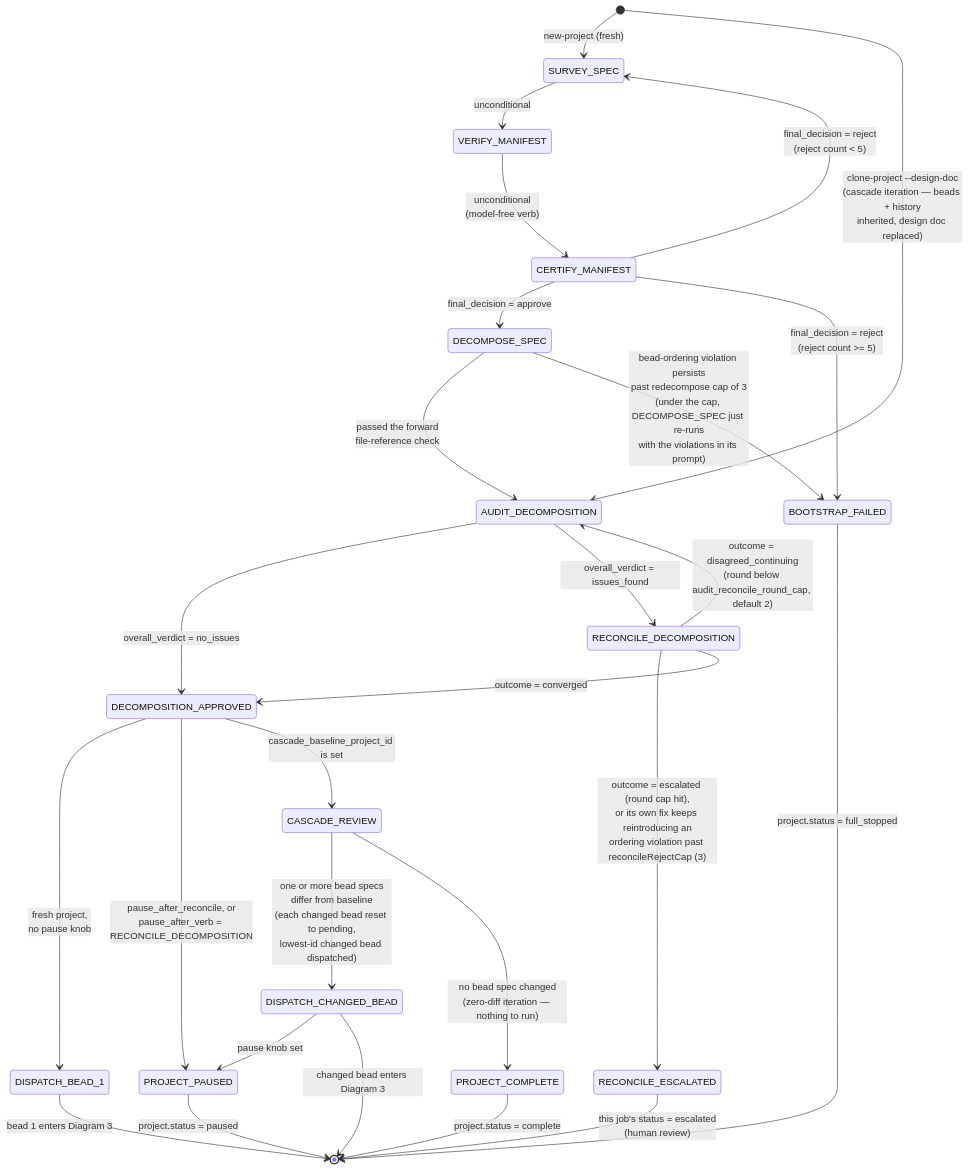
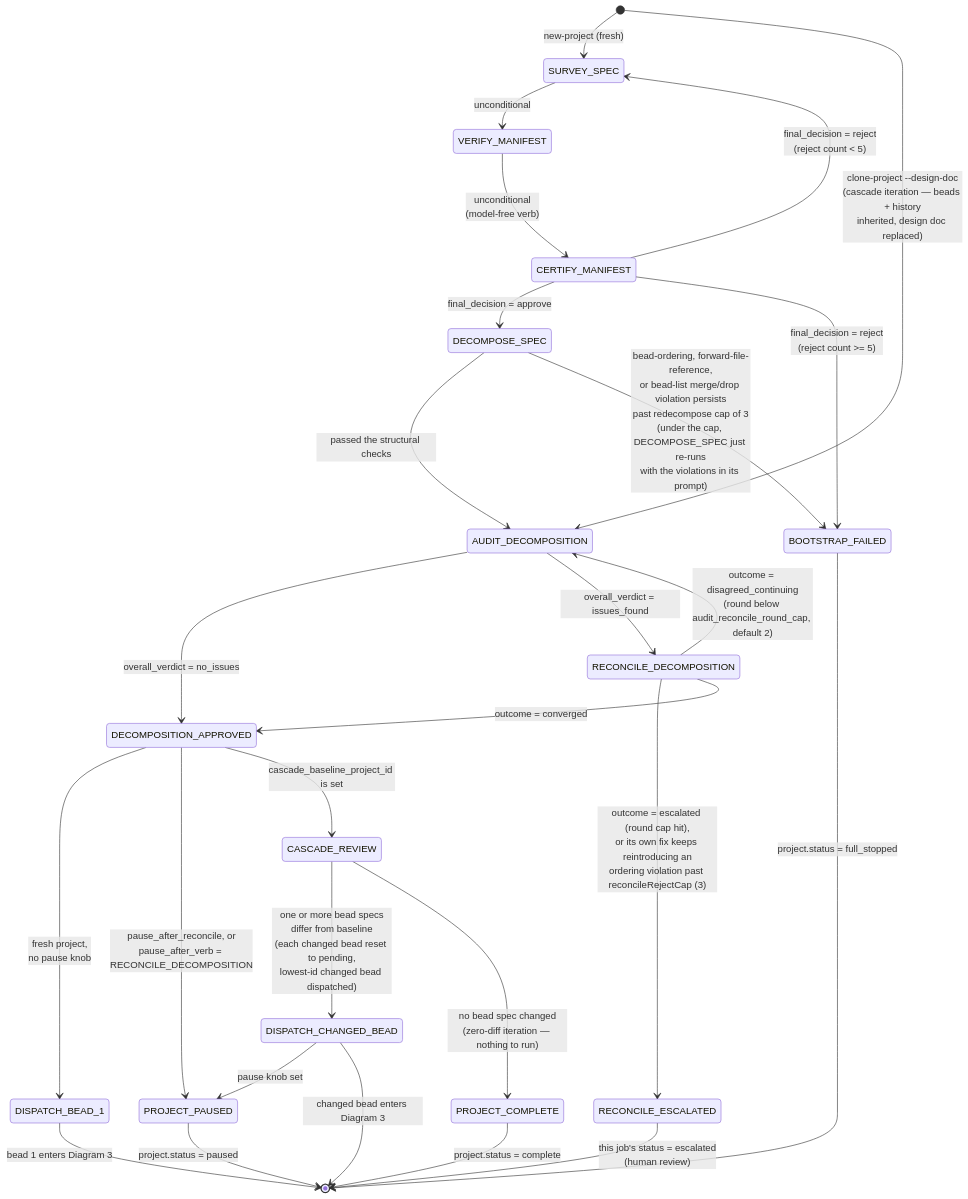
One commit to lehmann314159/ratchet changed the second of 4 diagrams in docs/ratchet_state_machine.md. Above: the diagram before and after it, drawn with Mermaid. The commit also changed other lines of this file and 2 other files, not shown here.

First line of the commit message:
docs(state-machine): audit against post-burn-in EXECUTE changes; regenerate diagrams

````diff
--- a/docs/ratchet_state_machine.md
+++ b/docs/ratchet_state_machine.md
@@ -77,35 +77,35 @@
 ```mermaid
 stateDiagram-v2
     [*] --> SURVEY_SPEC : new-project (fresh)
     [*] --> AUDIT_DECOMPOSITION : clone-project --design-doc<br/>(cascade iteration — beads + history<br/>inherited, design doc replaced)
 
     SURVEY_SPEC --> VERIFY_MANIFEST : unconditional
     VERIFY_MANIFEST --> CERTIFY_MANIFEST : unconditional<br/>(model-free verb)
     CERTIFY_MANIFEST --> DECOMPOSE_SPEC : final_decision = approve
     CERTIFY_MANIFEST --> SURVEY_SPEC : final_decision = reject<br/>(reject count < 5)
     CERTIFY_MANIFEST --> BOOTSTRAP_FAILED : final_decision = reject<br/>(reject count >= 5)
 
-    DECOMPOSE_SPEC --> AUDIT_DECOMPOSITION : passed the forward<br/>file-reference check
-    DECOMPOSE_SPEC --> BOOTSTRAP_FAILED : bead-ordering violation persists<br/>past redecompose cap of 3<br/>(under the cap, DECOMPOSE_SPEC just re-runs<br/>with the violations in its prompt)
+    DECOMPOSE_SPEC --> AUDIT_DECOMPOSITION : passed the structural checks
+    DECOMPOSE_SPEC --> BOOTSTRAP_FAILED : bead-ordering, forward-file-reference,<br/>or bead-list merge/drop violation persists<br/>past redecompose cap of 3<br/>(under the cap, DECOMPOSE_SPEC just re-runs<br/>with the violations in its prompt)
 
     AUDIT_DECOMPOSITION --> DECOMPOSITION_APPROVED : overall_verdict = no_issues
     AUDIT_DECOMPOSITION --> RECONCILE_DECOMPOSITION : overall_verdict = issues_found
     RECONCILE_DECOMPOSITION --> AUDIT_DECOMPOSITION : outcome = disagreed_continuing<br/>(round below audit_reconcile_round_cap, default 2)
     RECONCILE_DECOMPOSITION --> RECONCILE_ESCALATED : outcome = escalated (round cap hit),<br/>or its own fix keeps reintroducing an<br/>ordering violation past reconcileRejectCap (3)
     RECONCILE_DECOMPOSITION --> DECOMPOSITION_APPROVED : outcome = converged
 
     DECOMPOSITION_APPROVED --> DISPATCH_BEAD_1 : fresh project,<br/>no pause knob
     DECOMPOSITION_APPROVED --> PROJECT_PAUSED : pause_after_reconcile, or<br/>pause_after_verb = RECONCILE_DECOMPOSITION
     DECOMPOSITION_APPROVED --> CASCADE_REVIEW : cascade_baseline_project_id is set
 
     CASCADE_REVIEW --> DISPATCH_CHANGED_BEAD : one or more bead specs<br/>differ from baseline<br/>(each changed bead reset to pending,<br/>lowest-id changed bead dispatched)
     CASCADE_REVIEW --> PROJECT_COMPLETE : no bead spec changed<br/>(zero-diff iteration — nothing to run)
     DISPATCH_CHANGED_BEAD --> PROJECT_PAUSED : pause knob set
     DISPATCH_CHANGED_BEAD --> [*] : changed bead enters Diagram 3
 
     BOOTSTRAP_FAILED --> [*] : project.status = full_stopped
     RECONCILE_ESCALATED --> [*] : this job's status = escalated<br/>(human review)
     PROJECT_PAUSED --> [*] : project.status = paused
     PROJECT_COMPLETE --> [*] : project.status = complete
     DISPATCH_BEAD_1 --> [*] : bead 1 enters Diagram 3
 ```
````
